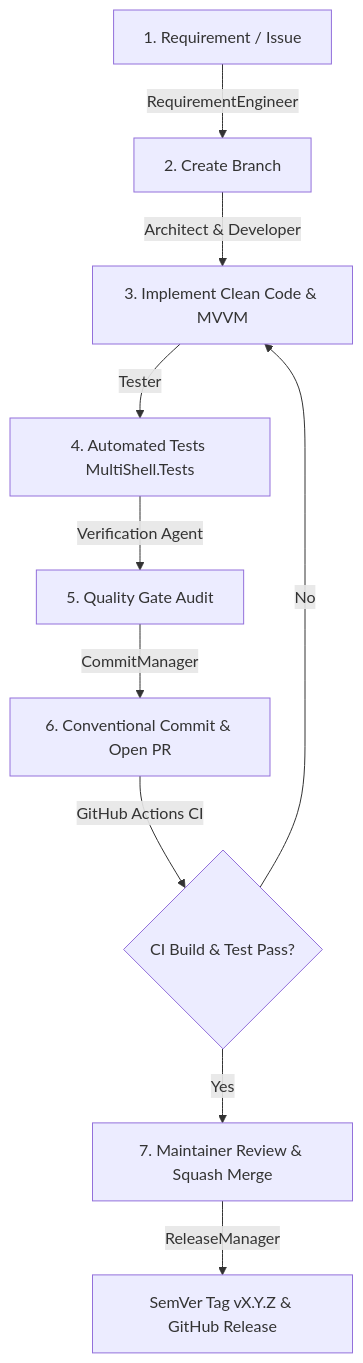
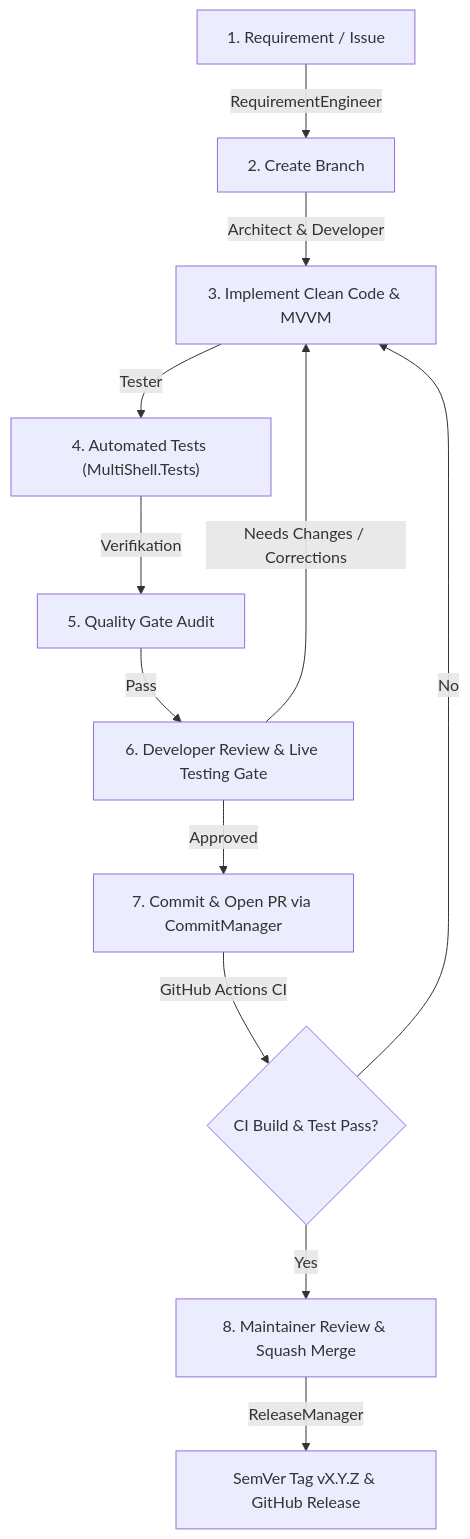
The diagram in CONTRIBUTING.md (histore/multishell), drawn with Mermaid before and after one commit. The commit also changed other lines of this file and 6 other files, not shown here.

First line of the commit message:
chore(agents): introduce developer review and live testing gate before PR creation (#5)

````diff
--- a/CONTRIBUTING.md
+++ b/CONTRIBUTING.md
@@ -30,12 +30,14 @@
 ```mermaid
 flowchart TD
-    A[1. Requirement / Issue] -->|RequirementEngineer| B[2. Create Branch]
-    B -->|Architect & Developer| C[3. Implement Clean Code & MVVM]
-    C -->|Tester| D[4. Automated Tests MultiShell.Tests]
-    D -->|Verification Agent| E[5. Quality Gate Audit]
-    E -->|CommitManager| F[6. Conventional Commit & Open PR]
-    F -->|GitHub Actions CI| G{CI Build & Test Pass?}
-    G -- No --> C
-    G -- Yes --> H[7. Maintainer Review & Squash Merge]
-    H -->|ReleaseManager| I[SemVer Tag vX.Y.Z & GitHub Release]
+    A["1. Requirement / Issue"] -->|"RequirementEngineer"| B["2. Create Branch"]
+    B -->|"Architect & Developer"| C["3. Implement Clean Code & MVVM"]
+    C -->|"Tester"| D["4. Automated Tests (MultiShell.Tests)"]
+    D -->|"Verifikation"| E["5. Quality Gate Audit"]
+    E -->|"Pass"| F["6. Developer Review & Live Testing Gate"]
+    F -->|"Needs Changes / Corrections"| C
+    F -->|"Approved"| G["7. Commit & Open PR via CommitManager"]
+    G -->|"GitHub Actions CI"| H{"CI Build & Test Pass?"}
+    H -->|"No"| C
+    H -->|"Yes"| I["8. Maintainer Review & Squash Merge"]
+    I -->|"ReleaseManager"| J["SemVer Tag vX.Y.Z & GitHub Release"]
 ```
````
